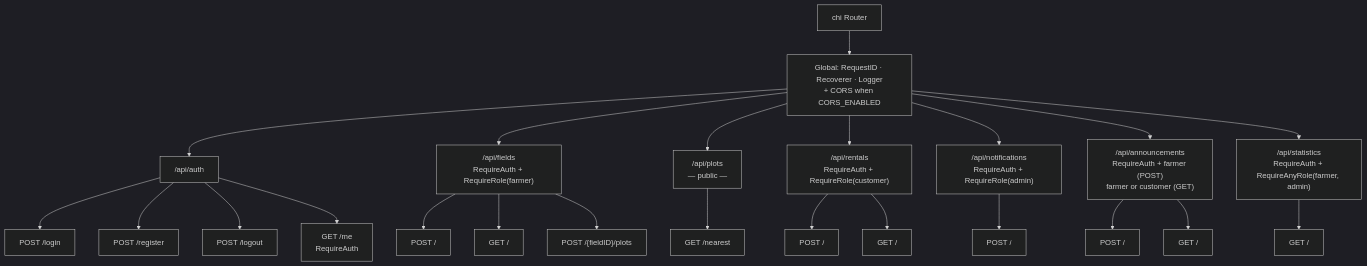
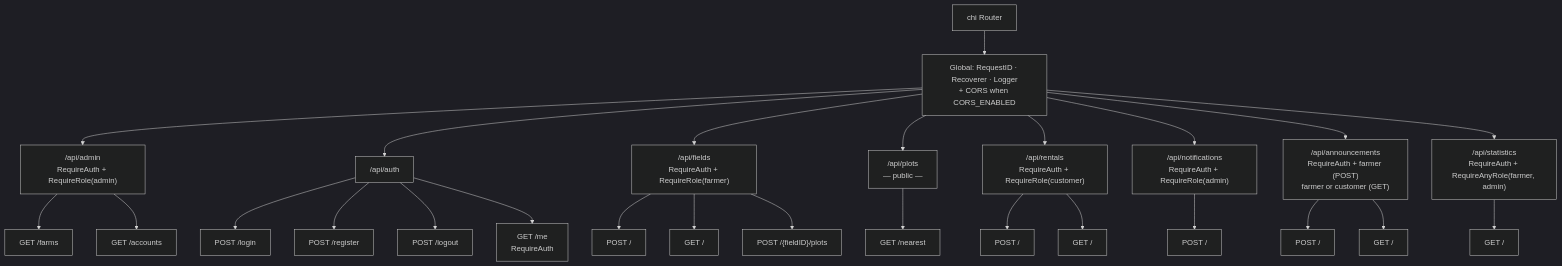
The fifth of 16 diagrams in ARCHITECTURE.md (Neue-Konzepte-BaaS/backend), drawn with Mermaid (dark theme) before and after one commit. The commit also changed other lines of this file and 1 other file, not shown here.

First line of the commit message:
document the admin listings in openapi.yml and ARCHITECTURE.md

````diff
--- a/ARCHITECTURE.md
+++ b/ARCHITECTURE.md
@@ -235,33 +235,37 @@
 ```mermaid
 graph TD
     R["chi Router"] --> G["Global: RequestID · Recoverer · Logger<br/>+ CORS when CORS_ENABLED"]
 
+    G --> AD["/api/admin<br/>RequireAuth + RequireRole(admin)"]
     G --> A["/api/auth"]
     G --> F["/api/fields<br/>RequireAuth + RequireRole(farmer)"]
     G --> P["/api/plots<br/>— public —"]
     G --> RE["/api/rentals<br/>RequireAuth + RequireRole(customer)"]
     G --> N["/api/notifications<br/>RequireAuth + RequireRole(admin)"]
     G --> AN["/api/announcements<br/>RequireAuth + farmer (POST)<br/>farmer or customer (GET)"]
     G --> ST["/api/statistics<br/>RequireAuth + RequireAnyRole(farmer, admin)"]
+
+    AD --> AD1["GET /farms"]
+    AD --> AD2["GET /accounts"]
 
     A --> A1["POST /login"]
     A --> A2["POST /register"]
     A --> A3["POST /logout"]
     A --> A4["GET /me<br/>RequireAuth"]
 
     F --> F1["POST /"]
     F --> F2["GET /"]
     F --> F3["POST /{fieldID}/plots"]
 
     P --> P1["GET /nearest"]
 
     RE --> R1["POST /"]
     RE --> R2["GET /"]
 
     N --> N1["POST /"]
 
     AN --> AN1["POST /"]
     AN --> AN2["GET /"]
 
     ST --> ST1["GET /"]
 ```
````
